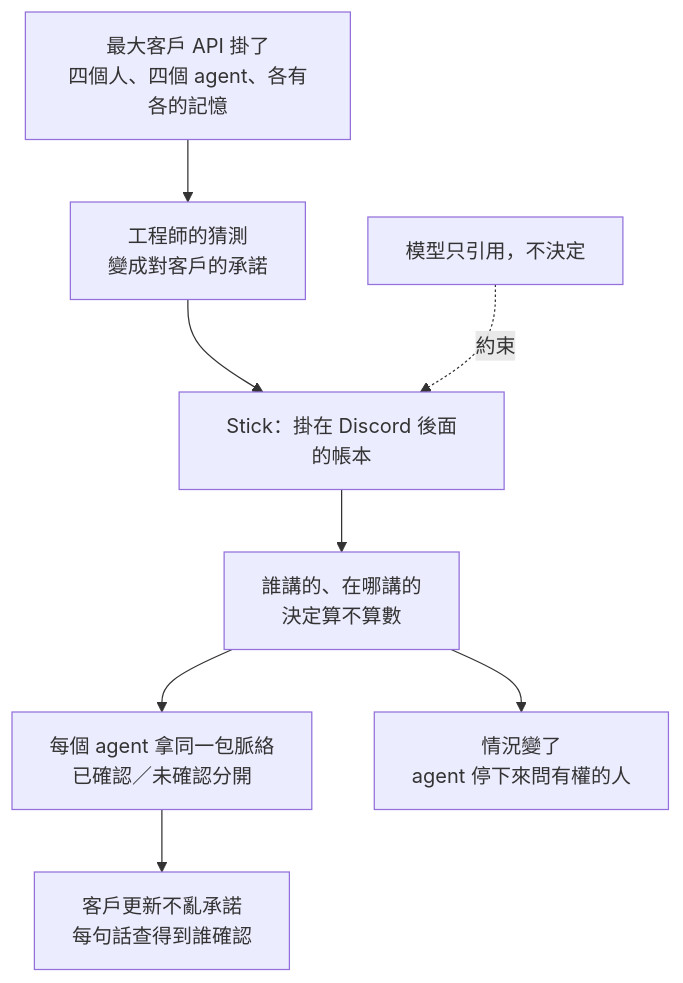
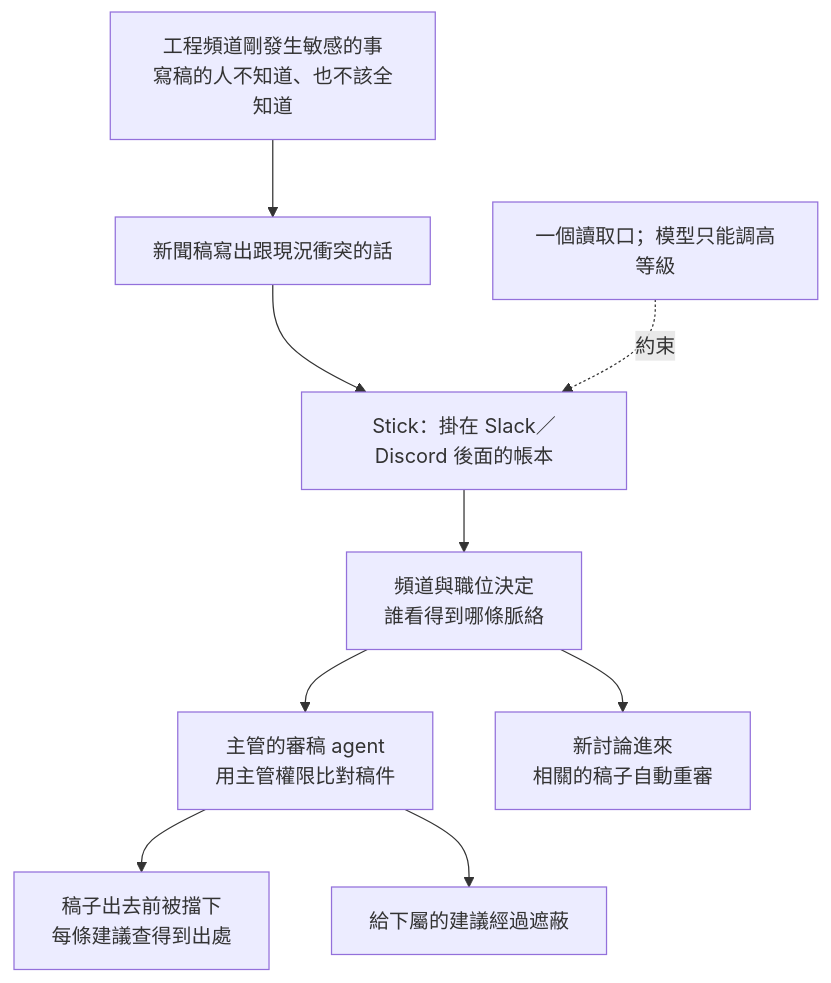
The third of 3 diagrams in docs/intent-map.md (c0mpiled-18/stick), drawn with Mermaid before and after one commit. The commit also changed other lines of this file and 3 other files, not shown here.

````diff
--- a/docs/intent-map.md
+++ b/docs/intent-map.md
@@ -162,10 +167,11 @@
 ```mermaid
 flowchart TB
-    P["最大客戶 API 掛了<br/>四個人、四個 agent、各有各的記憶"] --> X["工程師的猜測<br/>變成對客戶的承諾"]
-    X --> S["Stick：掛在 Discord 後面的帳本"]
-    S --> A["誰講的、在哪講的<br/>決定算不算數"]
-    A --> B["每個 agent 拿同一包脈絡<br/>已確認／未確認分開"]
-    B --> C["客戶更新不亂承諾<br/>每句話查得到誰確認"]
-    A --> D["情況變了<br/>agent 停下來問有權的人"]
-    G["模型只引用，不決定"] -. "約束" .-> S
+    P["工程頻道剛發生敏感的事<br/>寫稿的人不知道、也不該全知道"] --> X["新聞稿寫出跟現況衝突的話"]
+    X --> S["Stick：掛在 Slack／Discord 後面的帳本"]
+    S --> A["頻道與職位決定<br/>誰看得到哪條脈絡"]
+    A --> B["主管的審稿 agent<br/>用主管權限比對稿件"]
+    B --> C["稿子出去前被擋下<br/>每條建議查得到出處"]
+    B --> E["給下屬的建議經過遮蔽"]
+    A --> D["新討論進來<br/>相關的稿子自動重審"]
+    G["一個讀取口；模型只能調高等級"] -. "約束" .-> S
 ```
````
